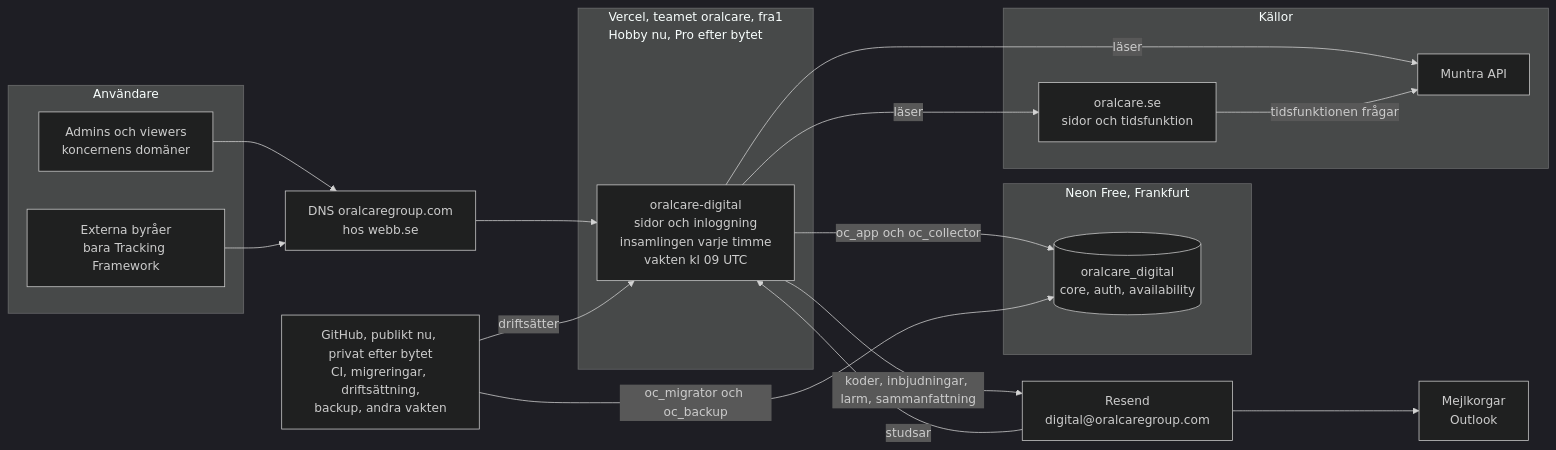
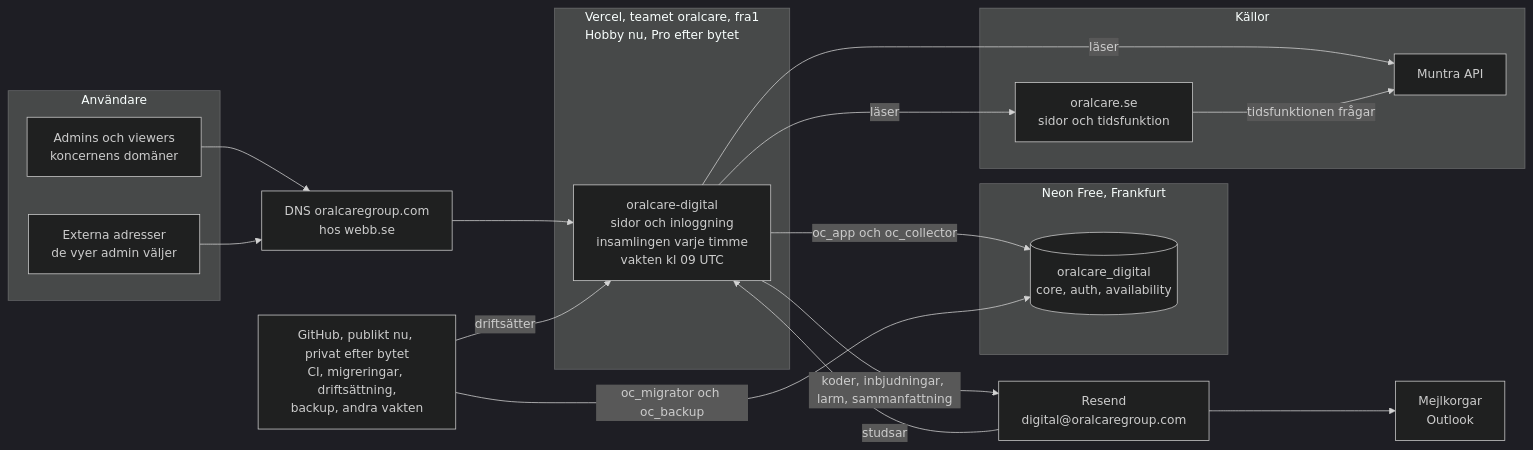
The diagram in docs/plan.md (oral-care/oralcare-digital), drawn with Mermaid (dark theme) before and after one commit. The commit also changed other lines of this file and 15 other files, not shown here.

````diff
--- a/docs/plan.md
+++ b/docs/plan.md
@@ -1255,34 +1255,34 @@
 ```mermaid
 flowchart LR
   subgraph users["Användare"]
     staff["Admins och viewers<br/>koncernens domäner"]
-    agency["Externa byråer<br/>bara Tracking Framework"]
+    agency["Externa adresser<br/>de vyer admin väljer"]
   end
   dns["DNS oralcaregroup.com<br/>hos webb.se"]
   subgraph vercel["Vercel, teamet oralcare, fra1<br/>Hobby nu, Pro efter bytet"]
     app["oralcare-digital<br/>sidor och inloggning<br/>insamlingen varje timme<br/>vakten kl 09 UTC"]
   end
   subgraph neon["Neon Free, Frankfurt"]
     db[("oralcare_digital<br/>core, auth, availability")]
   end
   subgraph sources["Källor"]
     oc["oralcare.se<br/>sidor och tidsfunktion"]
     mu["Muntra API"]
   end
   resend["Resend<br/>digital@oralcaregroup.com"]
   inbox["Mejlkorgar<br/>Outlook"]
   gh["GitHub, publikt nu, privat efter bytet<br/>CI, migreringar, driftsättning,<br/>backup, andra vakten"]
 
   staff --> dns
   agency --> dns
   dns --> app
   app -- "oc_app och oc_collector" --> db
   app -- "läser" --> oc
   app -- "läser" --> mu
   oc -- "tidsfunktionen frågar" --> mu
   app -- "koder, inbjudningar, larm, sammanfattning" --> resend
   resend --> inbox
   resend -- "studsar" --> app
   gh -- "driftsätter" --> app
   gh -- "oc_migrator och oc_backup" --> db
 ```
````
